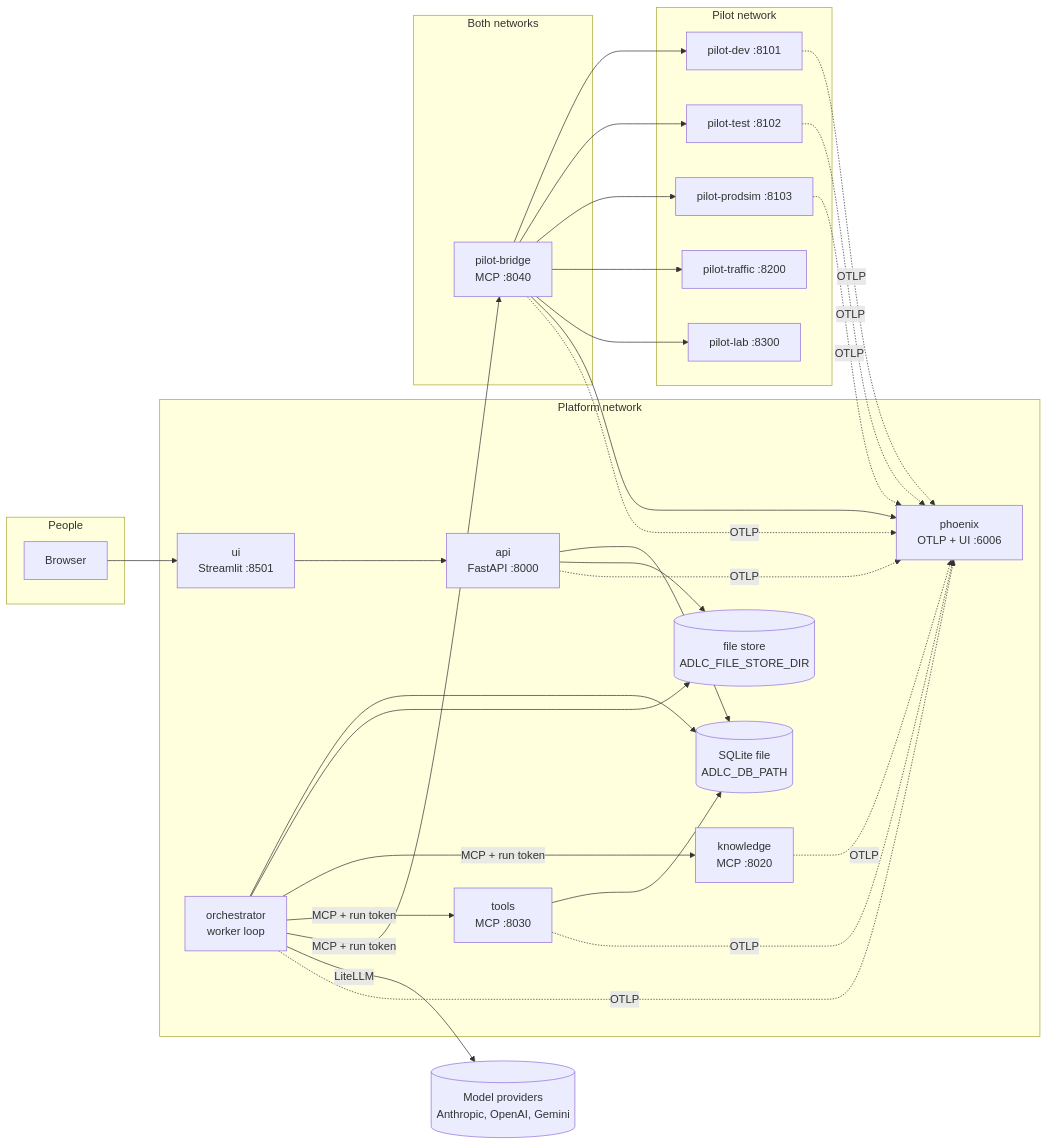
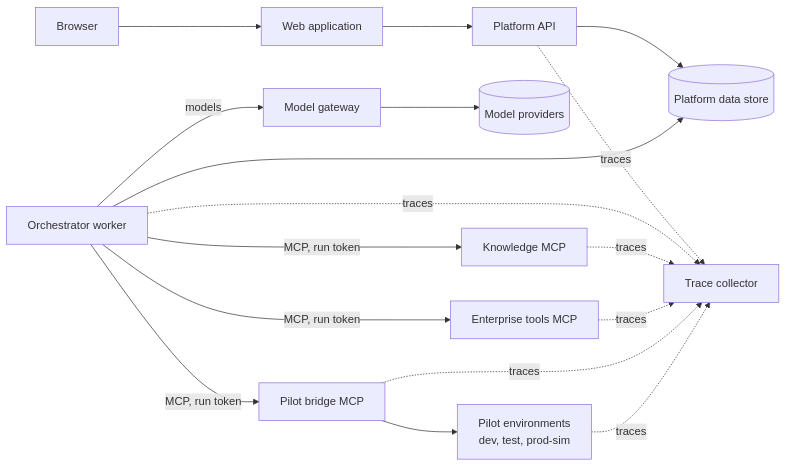
One commit to indransec/Agentic_ADLC changed the first of 2 diagrams in docs/technical-design.md. Above: the diagram before and after it, drawn with Mermaid. The commit also changed other lines of this file and 2 other files, not shown here.

````diff
--- a/docs/technical-design.md
+++ b/docs/technical-design.md
@@ -124,42 +163,14 @@
 ```mermaid
 flowchart LR
-  subgraph People
-    U[Browser]
-  end
-  subgraph Platform network
-    UI[ui<br/>Streamlit :8501]
-    API[api<br/>FastAPI :8000]
-    ORCH[orchestrator<br/>worker loop]
-    KN[knowledge<br/>MCP :8020]
-    TO[tools<br/>MCP :8030]
-    DB[(SQLite file<br/>ADLC_DB_PATH)]
-    FS[(file store<br/>ADLC_FILE_STORE_DIR)]
-    PX[phoenix<br/>OTLP + UI :6006]
-  end
-  subgraph Both networks
-    BR[pilot-bridge<br/>MCP :8040]
-  end
-  subgraph Pilot network
-    PD[pilot-dev :8101]
-    PT[pilot-test :8102]
-    PP[pilot-prodsim :8103]
-    TR[pilot-traffic :8200]
-    LAB[pilot-lab :8300]
-  end
-  LLM[(Model providers<br/>Anthropic, OpenAI, Gemini)]
-
-  U --> UI --> API
-  API --> DB
-  API --> FS
-  ORCH --> DB
-  ORCH --> FS
-  ORCH -- MCP + run token --> KN
-  ORCH -- MCP + run token --> TO
-  ORCH -- MCP + run token --> BR
-  ORCH -- LiteLLM --> LLM
-  TO --> DB
-  BR --> PD & PT & PP & TR & LAB
-  BR --> PX
-  API & ORCH & KN & TO & BR -. OTLP .-> PX
-  PD & PT & PP -. OTLP .-> PX
+  U[Browser] --> UI[Web application]
+  UI --> API[Platform API]
+  API --> DB[(Platform data store)]
+  ORCH[Orchestrator worker] --> DB
+  ORCH -- models --> GW[Model gateway] --> LLM[(Model providers)]
+  ORCH -- MCP, run token --> KN[Knowledge MCP]
+  ORCH -- MCP, run token --> TO[Enterprise tools MCP]
+  ORCH -- MCP, run token --> BR[Pilot bridge MCP]
+  BR --> PILOT[Pilot environments<br/>dev, test, prod-sim]
+  API & ORCH & KN & TO & BR -. traces .-> TR[Trace collector]
+  PILOT -. traces .-> TR
 ```
````
